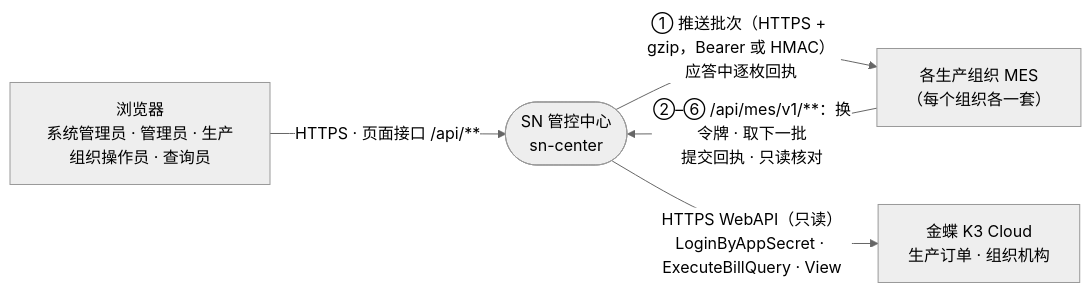
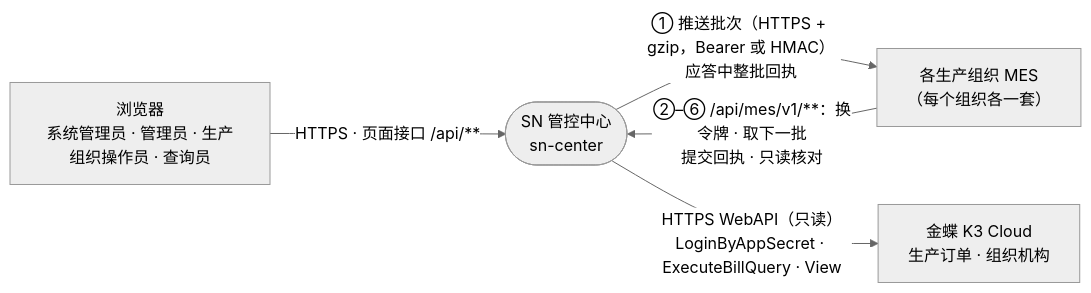
The diagram in docs/images/系统技术方案/fig2-7-context.mmd (Createsnow/sn-center), drawn with Mermaid (neutral theme) before and after one commit. The commit also changed 80 other files, not shown here.

```diff
--- a/docs/images/系统技术方案/fig2-7-context.mmd
+++ b/docs/images/系统技术方案/fig2-7-context.mmd
@@ -1,9 +1,9 @@
 flowchart LR
   U["浏览器<br/>系统管理员 · 管理员 · 生产组织操作员 · 查询员"]
   M["各生产组织 MES<br/>（每个组织各一套）"]
   S(["SN 管控中心<br/>sn-center"])
   K["金蝶 K3 Cloud<br/>生产订单 · 组织机构"]
   U -->|"HTTPS · 页面接口 /api/**"| S
-  S -->|"① 推送批次（HTTPS + gzip，Bearer 或 HMAC）<br/>应答中逐枚回执"| M
+  S -->|"① 推送批次（HTTPS + gzip，Bearer 或 HMAC）<br/>应答中整批回执"| M
   M -->|"②–⑥ /api/mes/v1/**：换令牌 · 取下一批<br/>提交回执 · 只读核对"| S
   S -->|"HTTPS WebAPI（只读）<br/>LoginByAppSecret · ExecuteBillQuery · View"| K
```
